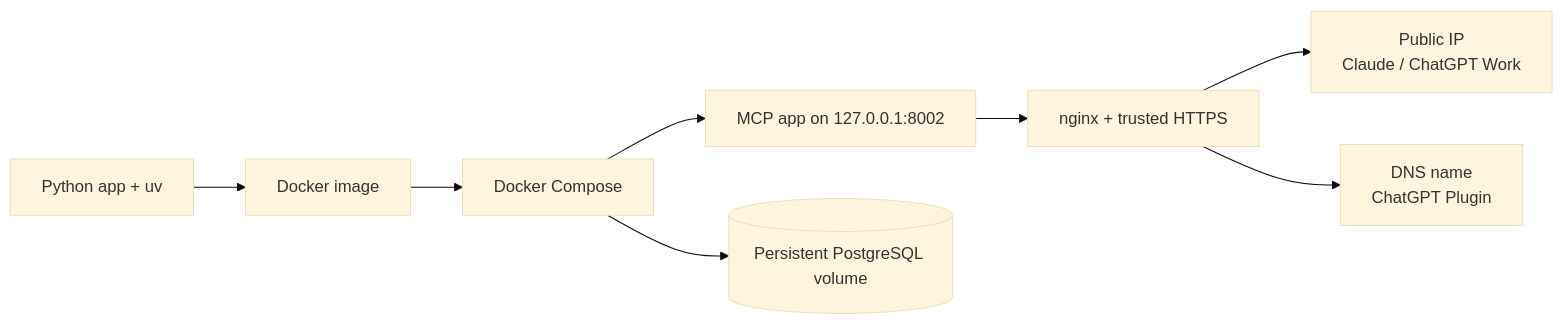
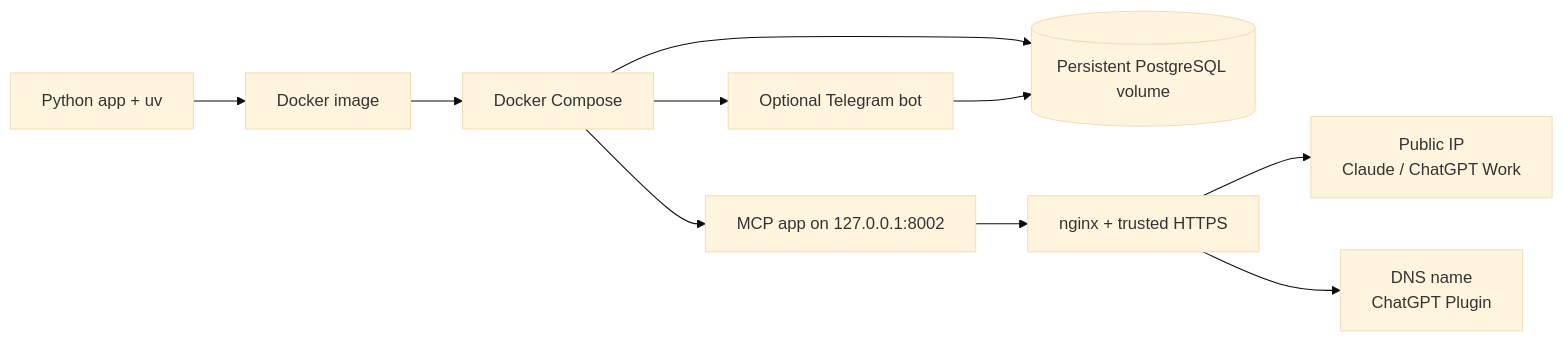
One commit to memesrized/her-garden changed the diagram in README.md. Above: the diagram before and after it, drawn with Mermaid (base theme). The commit also changed other lines of this file and 21 other files, not shown here.

Commit message:
feat(watering): add optional Telegram reminders

````diff
--- a/README.md
+++ b/README.md
@@ -34,10 +35,12 @@
 ```mermaid
 flowchart LR
   source["Python app + uv"] --> image["Docker image"]
   image --> compose["Docker Compose"]
   compose --> app["MCP app on 127.0.0.1:8002"]
   compose --> db[("Persistent PostgreSQL volume")]
+  compose --> bot["Optional Telegram bot"]
+  bot --> db
   app --> nginx["nginx + trusted HTTPS"]
   nginx --> ip["Public IP<br/>Claude / ChatGPT Work"]
   nginx --> dns["DNS name<br/>ChatGPT Plugin"]
 ```
````
